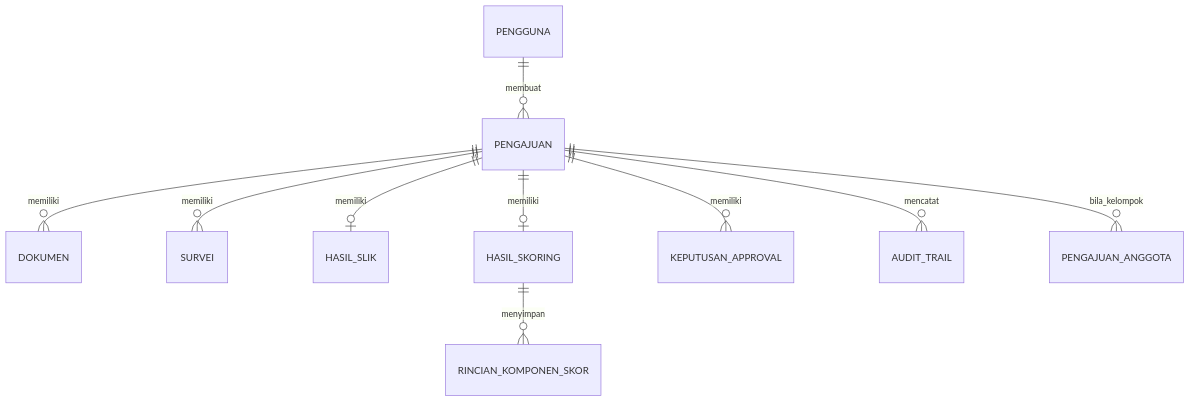
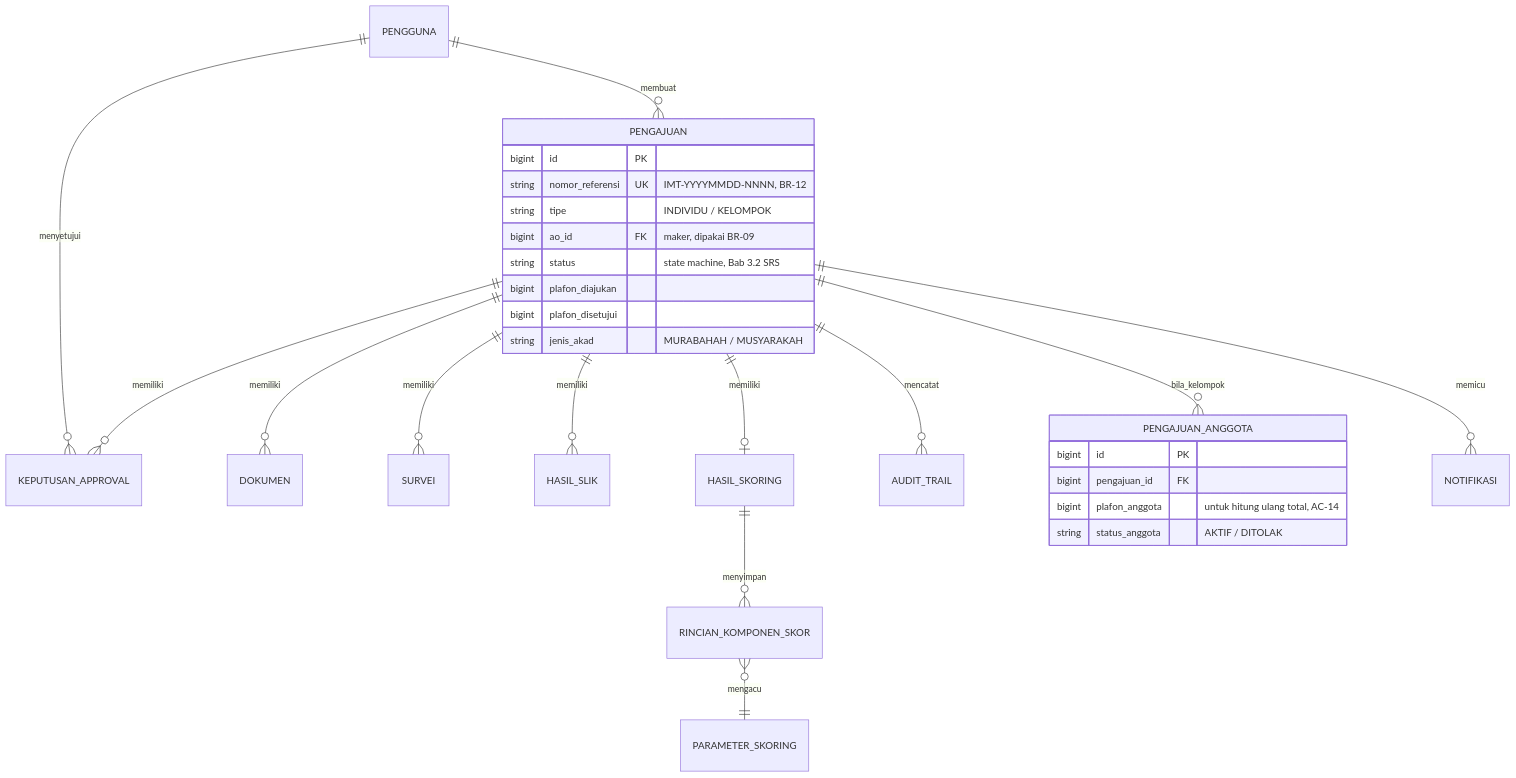
Before and after one commit to irgiys/tim1gow: the second of 6 diagrams in docs/SDD-iMitra.md, drawn with Mermaid. The commit also changed other lines of this file, not shown here.

````diff
--- a/docs/SDD-iMitra.md
+++ b/docs/SDD-iMitra.md
@@ -142,12 +114,32 @@
 ```mermaid
 erDiagram
   PENGGUNA ||--o{ PENGAJUAN : membuat
+  PENGGUNA ||--o{ KEPUTUSAN_APPROVAL : menyetujui
   PENGAJUAN ||--o{ DOKUMEN : memiliki
   PENGAJUAN ||--o{ SURVEI : memiliki
-  PENGAJUAN ||--o| HASIL_SLIK : memiliki
+  PENGAJUAN ||--o{ HASIL_SLIK : memiliki
   PENGAJUAN ||--o| HASIL_SKORING : memiliki
   PENGAJUAN ||--o{ KEPUTUSAN_APPROVAL : memiliki
   PENGAJUAN ||--o{ AUDIT_TRAIL : mencatat
   PENGAJUAN ||--o{ PENGAJUAN_ANGGOTA : bila_kelompok
+  PENGAJUAN ||--o{ NOTIFIKASI : memicu
   HASIL_SKORING ||--o{ RINCIAN_KOMPONEN_SKOR : menyimpan
+  RINCIAN_KOMPONEN_SKOR }o--|| PARAMETER_SKORING : mengacu
+
+  PENGAJUAN {
+    bigint id PK
+    string nomor_referensi UK "IMT-YYYYMMDD-NNNN, BR-12"
+    string tipe "INDIVIDU / KELOMPOK"
+    bigint ao_id FK "maker, dipakai BR-09"
+    string status "state machine, Bab 3.2 SRS"
+    bigint plafon_diajukan
+    bigint plafon_disetujui
+    string jenis_akad "MURABAHAH / MUSYARAKAH"
+  }
+  PENGAJUAN_ANGGOTA {
+    bigint id PK
+    bigint pengajuan_id FK
+    bigint plafon_anggota "untuk hitung ulang total, AC-14"
+    string status_anggota "AKTIF / DITOLAK"
+  }
 ```
````
